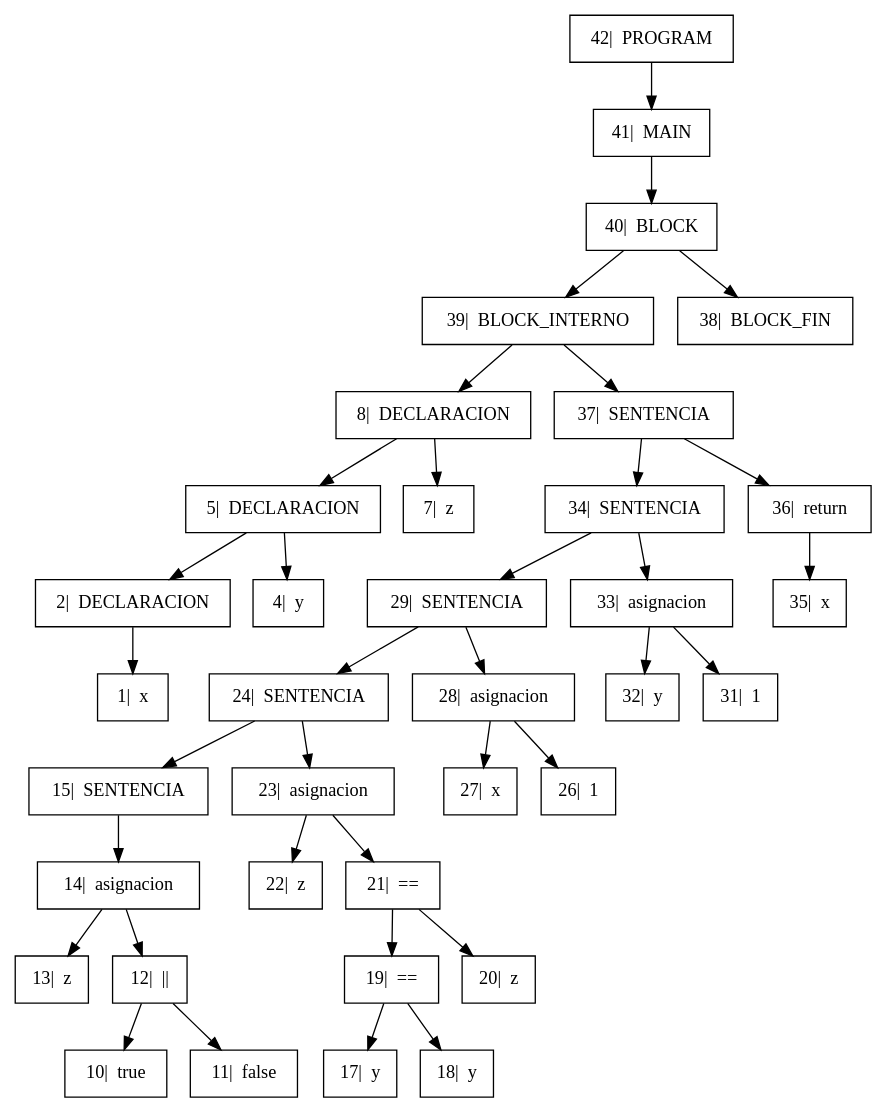
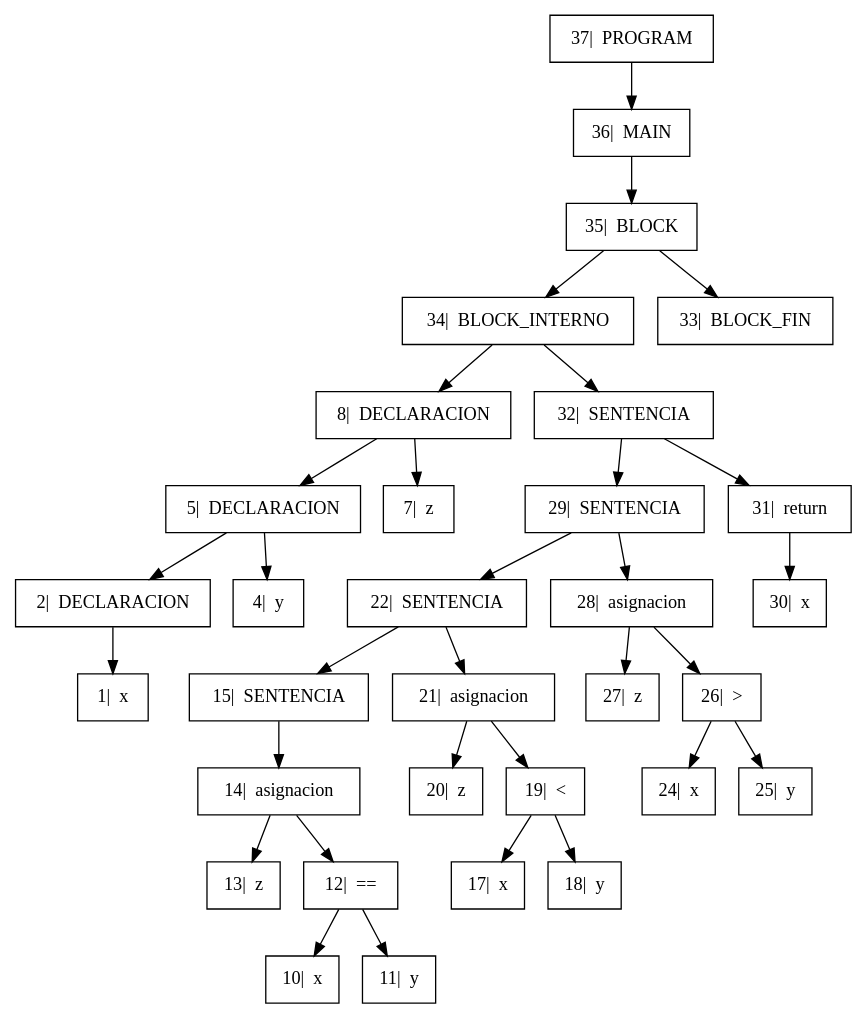
The diagram in Proyecto/output/Arbol.dot (GiovA07/PRE-PROYECTO-COMPILADORES), drawn with Graphviz before and after one commit. The commit also changed 8 other files, not shown here.

```diff
--- a/Proyecto/output/Arbol.dot
+++ b/Proyecto/output/Arbol.dot
@@ -1,26 +1,24 @@
 digraph{
 
 rankdir=TB;
 
 node[shape=box];
-"42|  PROGRAM" -> "41|  MAIN" ;
-"41|  MAIN" -> "40|  BLOCK" ;
-"40|  BLOCK" -> "39|  BLOCK_INTERNO", "38|  BLOCK_FIN";
-"39|  BLOCK_INTERNO" -> "8|  DECLARACION", "37|  SENTENCIA";
+"37|  PROGRAM" -> "36|  MAIN" ;
+"36|  MAIN" -> "35|  BLOCK" ;
+"35|  BLOCK" -> "34|  BLOCK_INTERNO", "33|  BLOCK_FIN";
+"34|  BLOCK_INTERNO" -> "8|  DECLARACION", "32|  SENTENCIA";
 "8|  DECLARACION" -> "5|  DECLARACION", "7|  z";
 "5|  DECLARACION" -> "2|  DECLARACION", "4|  y";
 "2|  DECLARACION" -> "1|  x" ;
-"37|  SENTENCIA" -> "34|  SENTENCIA", "36|  return";
-"34|  SENTENCIA" -> "29|  SENTENCIA", "33|  asignacion";
-"29|  SENTENCIA" -> "24|  SENTENCIA", "28|  asignacion";
-"24|  SENTENCIA" -> "15|  SENTENCIA", "23|  asignacion";
+"32|  SENTENCIA" -> "29|  SENTENCIA", "31|  return";
+"29|  SENTENCIA" -> "22|  SENTENCIA", "28|  asignacion";
+"22|  SENTENCIA" -> "15|  SENTENCIA", "21|  asignacion";
 "15|  SENTENCIA" -> "14|  asignacion" ;
-"14|  asignacion" -> "13|  z", "12|  ||";
-"12|  ||" -> "10|  true", "11|  false";
-"23|  asignacion" -> "22|  z", "21|  ==";
-"21|  ==" -> "19|  ==", "20|  z";
-"19|  ==" -> "17|  y", "18|  y";
-"28|  asignacion" -> "27|  x", "26|  1";
-"33|  asignacion" -> "32|  y", "31|  1";
-"36|  return" -> "35|  x" ;
+"14|  asignacion" -> "13|  z", "12|  ==";
+"12|  ==" -> "10|  x", "11|  y";
+"21|  asignacion" -> "20|  z", "19|  <";
+"19|  <" -> "17|  x", "18|  y";
+"28|  asignacion" -> "27|  z", "26|  >";
+"26|  >" -> "24|  x", "25|  y";
+"31|  return" -> "30|  x" ;
 }
```
